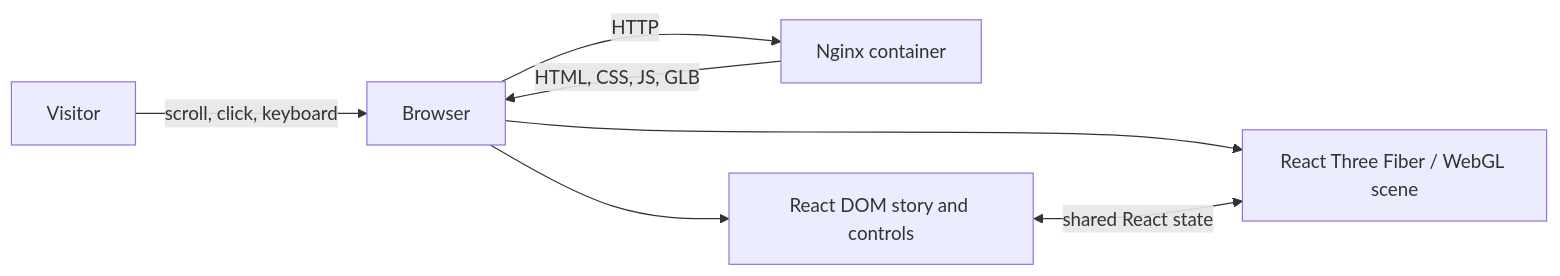
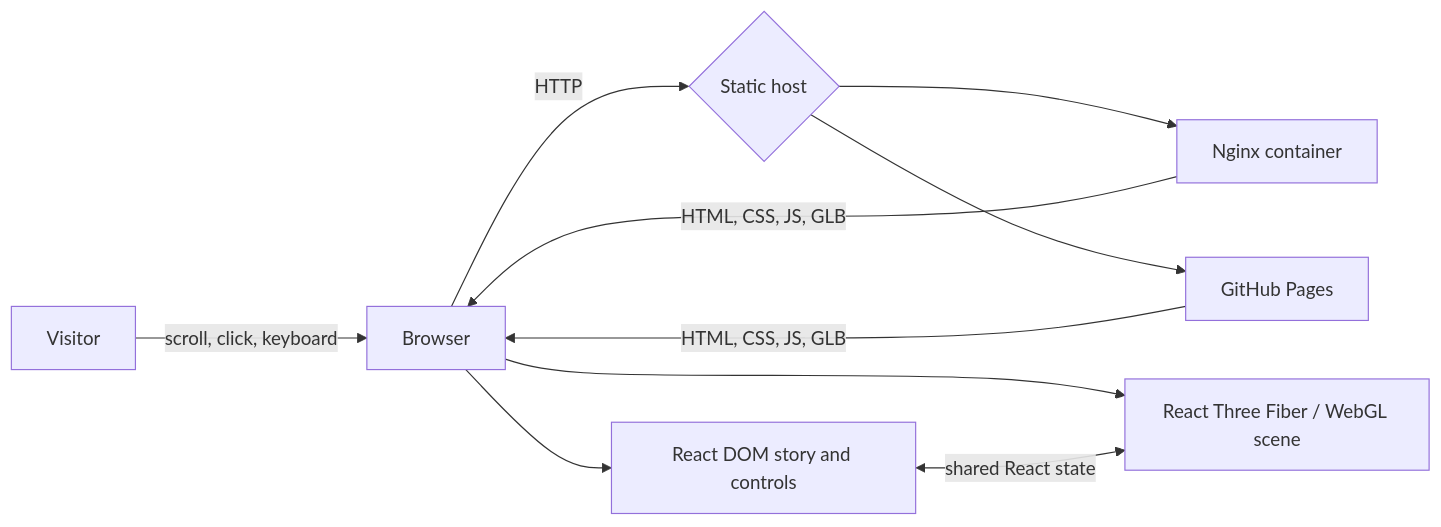
The first of 3 diagrams in micromouse-showcase/docs/architecture/README.md (RandomRunt/UNSWMicromouseDemo), drawn with Mermaid before and after one commit. The commit also changed other lines of this file and 28 other files, not shown here.

````diff
--- a/micromouse-showcase/docs/architecture/README.md
+++ b/micromouse-showcase/docs/architecture/README.md
@@ -9,9 +9,12 @@
 ```mermaid
 flowchart LR
     V[Visitor] -->|scroll, click, keyboard| B[Browser]
-    B -->|HTTP| N[Nginx container]
+    B -->|HTTP| H{Static host}
+    H --> N[Nginx container]
+    H --> P[GitHub Pages]
     N -->|HTML, CSS, JS, GLB| B
+    P -->|HTML, CSS, JS, GLB| B
     B --> D[React DOM story and controls]
     B --> W[React Three Fiber / WebGL scene]
     D <-->|shared React state| W
 ```
````
